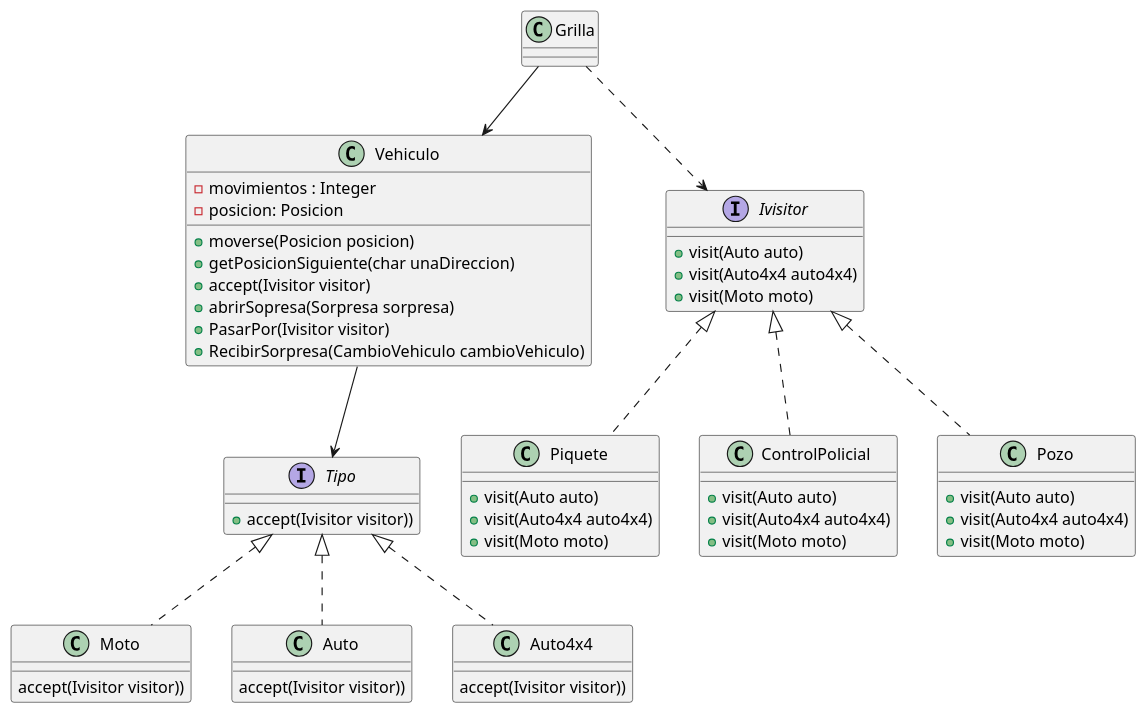
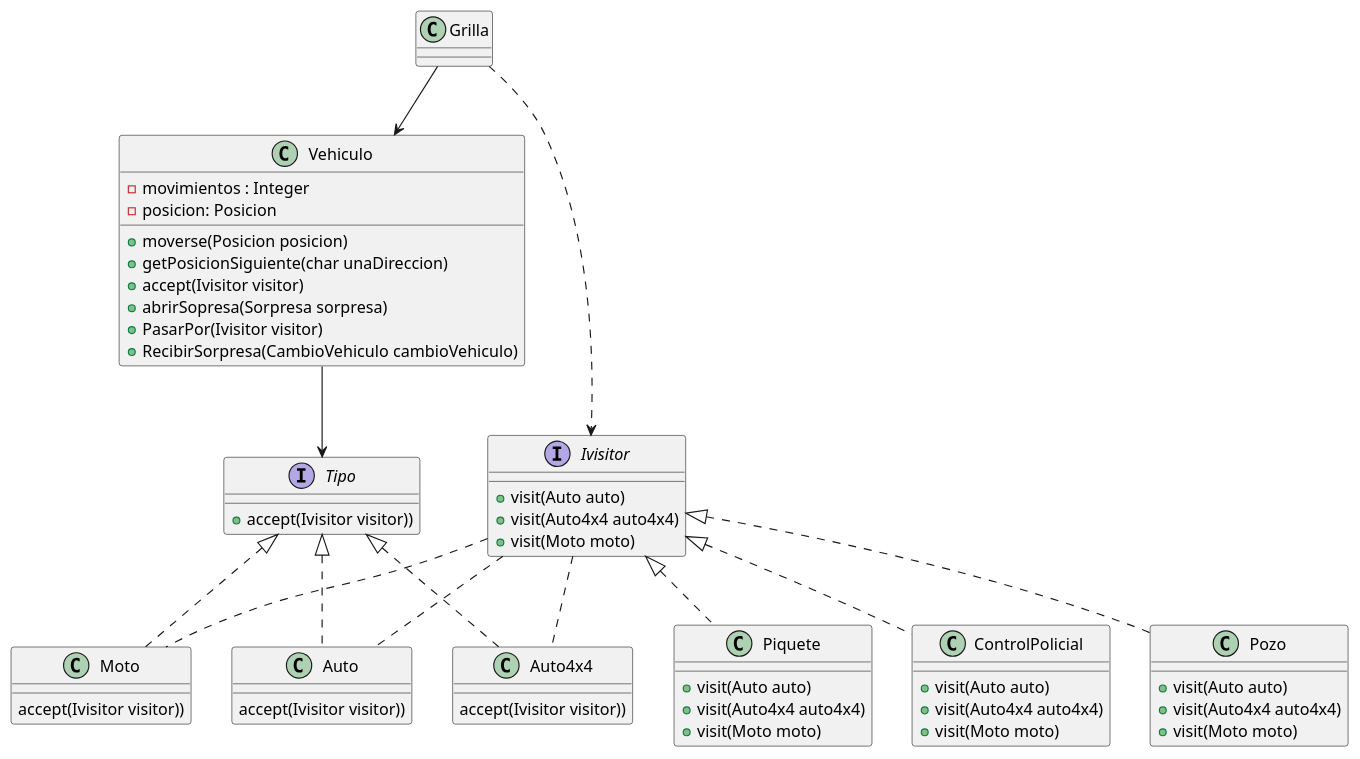
Before and after one commit to Dolo-pavon01/gpsChallenge: the diagram in diagrams/classes/entrega 2/Obstaculos.puml, drawn with PlantUML. The commit also changed 3 other files, not shown here.

Commit message:
diagramas actualizados

```diff
--- a/diagrams/classes/entrega 2/Obstaculos.puml
+++ b/diagrams/classes/entrega 2/Obstaculos.puml
@@ -1,66 +1,71 @@
 @startuml
 class Grilla{}
-class Vehiculo{
+class Vehiculo
+{
 -movimientos : Integer
 -posicion: Posicion
 +moverse(Posicion posicion)
 +getPosicionSiguiente(char unaDireccion)
 +accept(Ivisitor visitor)
 +abrirSopresa(Sorpresa sorpresa)
 +PasarPor(Ivisitor visitor)
 +RecibirSorpresa(CambioVehiculo cambioVehiculo)
 }
 interface Ivisitor{
 +visit(Auto auto)
 +visit(Auto4x4 auto4x4)
 +visit(Moto moto)
 }
-interface Tipo{
-+accept(Ivisitor visitor))
+interface Tipo
+{
+    +accept(Ivisitor visitor))
 }
 
 
 class Moto{
 accept(Ivisitor visitor))
 }
 class Auto{
 accept(Ivisitor visitor))
 }
 
 class Auto4x4{
 accept(Ivisitor visitor))
 }
 
 class Piquete{
 +visit(Auto auto)
 +visit(Auto4x4 auto4x4)
 +visit(Moto moto)
 }
 class ControlPolicial{
 +visit(Auto auto)
 +visit(Auto4x4 auto4x4)
 +visit(Moto moto)
 }
 class Pozo{
 +visit(Auto auto)
 +visit(Auto4x4 auto4x4)
 +visit(Moto moto)
 }
 
 Grilla --> Vehiculo
 
 Grilla ..> Ivisitor
 Vehiculo --> Tipo
 Tipo <|.. Moto
 Tipo <|.. Auto
 Tipo <|.. Auto4x4
 
 
 
 Ivisitor <|.. Piquete
 Ivisitor <|.. ControlPolicial
 Ivisitor <|.. Pozo
 
+Ivisitor ..Auto
+Ivisitor ..Auto4x4
+Ivisitor ..Moto
 
 
 @enduml
```
